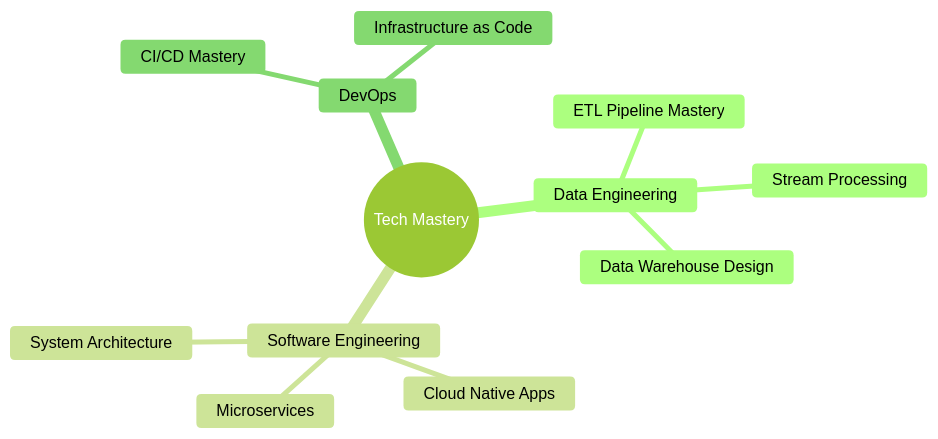
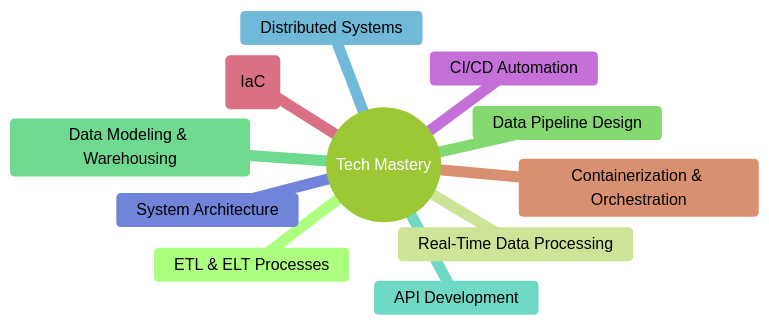
The diagram in README.md (Sethuram2003/Sethuram2003), drawn with Mermaid (forest theme) before and after one commit. The commit also changed other lines of this file, not shown here.

````diff
--- a/README.md
+++ b/README.md
@@ -94,15 +95,14 @@
 ```mermaid
 mindmap
   root((Tech Mastery))
-    Data Engineering
-      ETL Pipeline Mastery
-      Stream Processing
-      Data Warehouse Design
-    Software Engineering
-      Microservices
-      Cloud Native Apps
-      System Architecture
-    DevOps
-      CI/CD Mastery
-      Infrastructure as Code
+    ETL & ELT Processes
+    Real-Time Data Processing
+    Data Pipeline Design
+    Data Modeling & Warehousing
+    API Development
+    Distributed Systems
+    System Architecture
+    CI/CD Automation
+    Infrastructure as Code (IaC)
+    Containerization & Orchestration
 ```
````
